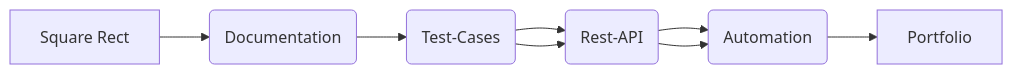
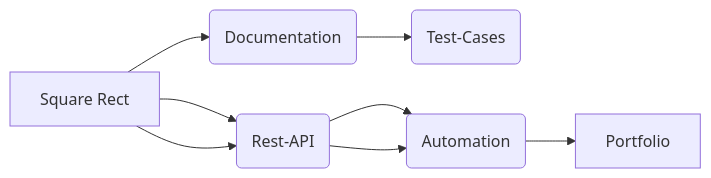
One commit to N-Uladzislau/Portfolio_Project changed the diagram in README.md. Above: the diagram before and after it, drawn with Mermaid.

````diff
--- a/README.md
+++ b/README.md
@@ -2,7 +2,7 @@
 ```mermaid
 graph LR
 A[Square Rect] --> B(Documentation) --> C(Test-Cases)
-C --> D(Front-end) --> E(Automation)
-C --> D(Rest-API) --> E(Automation) --> F[Portfolio]
+A --> D(Front-end) --> E(Automation)
+A --> D(Rest-API) --> E(Automation) --> F[Portfolio]
 
 ```
````
